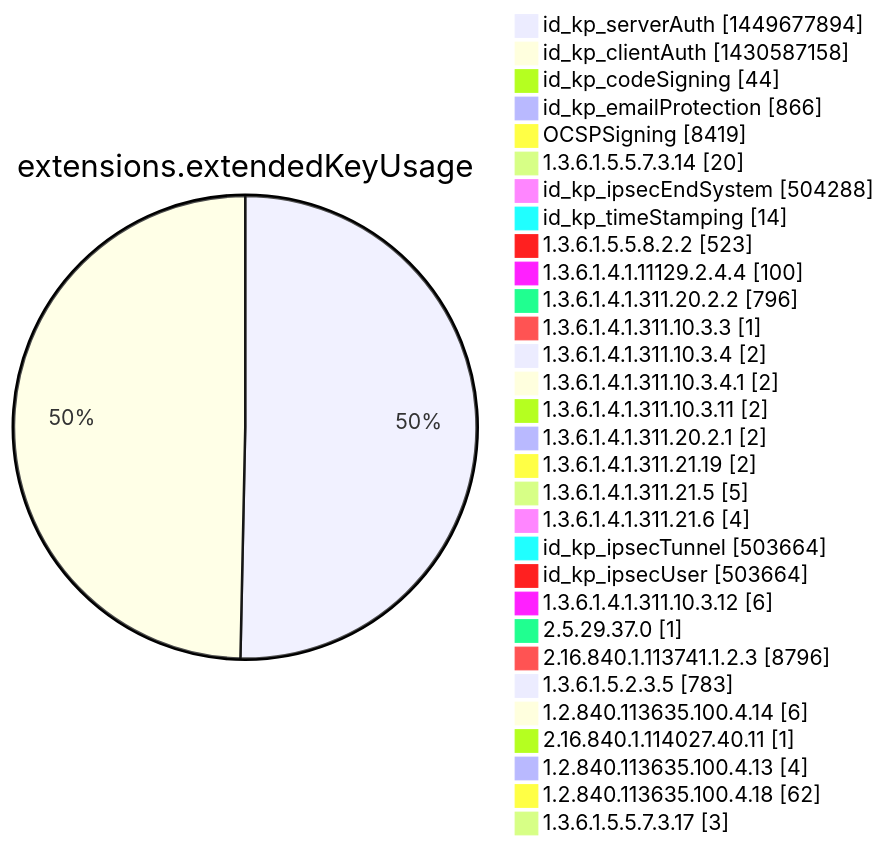
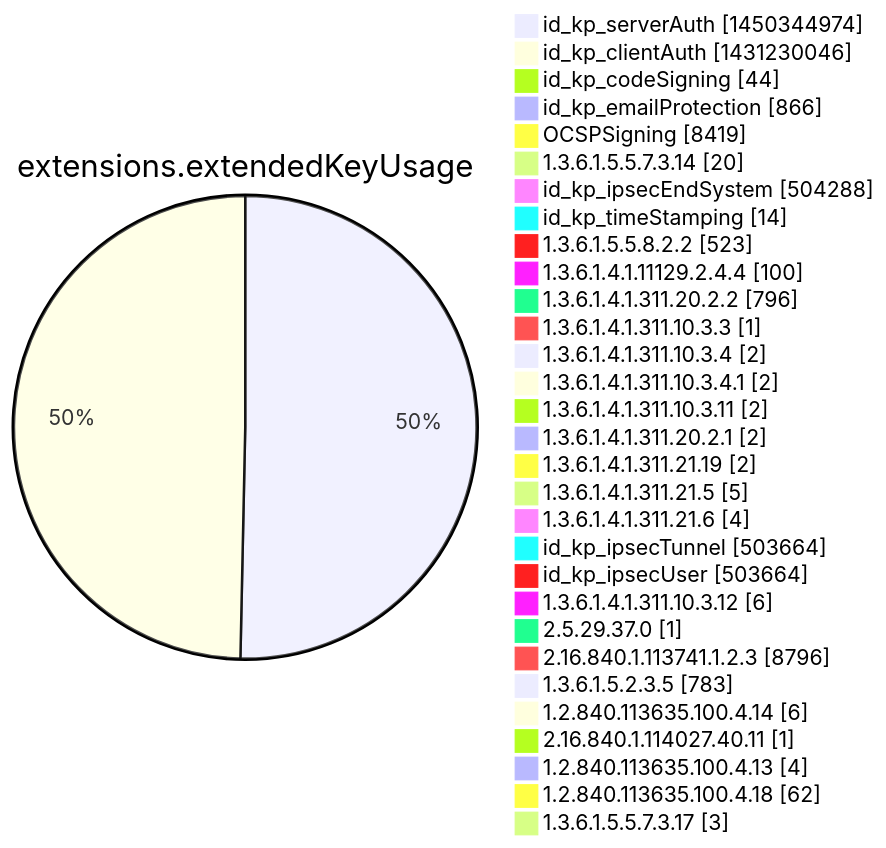
One commit to christiankrug/ctmonitor_visualization changed diagram 12 of 15 in argon2022/README.md. Above: the diagram before and after it, drawn with Mermaid. The commit also changed other lines of this file, not shown here.

````diff
--- a/argon2022/README.md
+++ b/argon2022/README.md
@@ -3555,34 +3555,34 @@
 ```mermaid
 pie showData
 title extensions.extendedKeyUsage
-"id_kp_serverAuth" :1449677894
-"id_kp_clientAuth" :1430587158
+"id_kp_serverAuth" :1450344974
+"id_kp_clientAuth" :1431230046
 "id_kp_codeSigning" :44
 "id_kp_emailProtection" :866
 "OCSPSigning" :8419
 "1.3.6.1.5.5.7.3.14" :20
 "id_kp_ipsecEndSystem" :504288
 "id_kp_timeStamping" :14
 "1.3.6.1.5.5.8.2.2" :523
 "1.3.6.1.4.1.11129.2.4.4" :100
 "1.3.6.1.4.1.311.20.2.2" :796
 "1.3.6.1.4.1.311.10.3.3" :1
 "1.3.6.1.4.1.311.10.3.4" :2
 "1.3.6.1.4.1.311.10.3.4.1" :2
 "1.3.6.1.4.1.311.10.3.11" :2
 "1.3.6.1.4.1.311.20.2.1" :2
 "1.3.6.1.4.1.311.21.19" :2
 "1.3.6.1.4.1.311.21.5" :5
 "1.3.6.1.4.1.311.21.6" :4
 "id_kp_ipsecTunnel" :503664
 "id_kp_ipsecUser" :503664
 "1.3.6.1.4.1.311.10.3.12" :6
 "2.5.29.37.0" :1
 "2.16.840.1.113741.1.2.3" :8796
 "1.3.6.1.5.2.3.5" :783
 "1.2.840.113635.100.4.14" :6
 "2.16.840.1.114027.40.11" :1
 "1.2.840.113635.100.4.13" :4
 "1.2.840.113635.100.4.18" :62
 "1.3.6.1.5.5.7.3.17" :3
 ```
````
